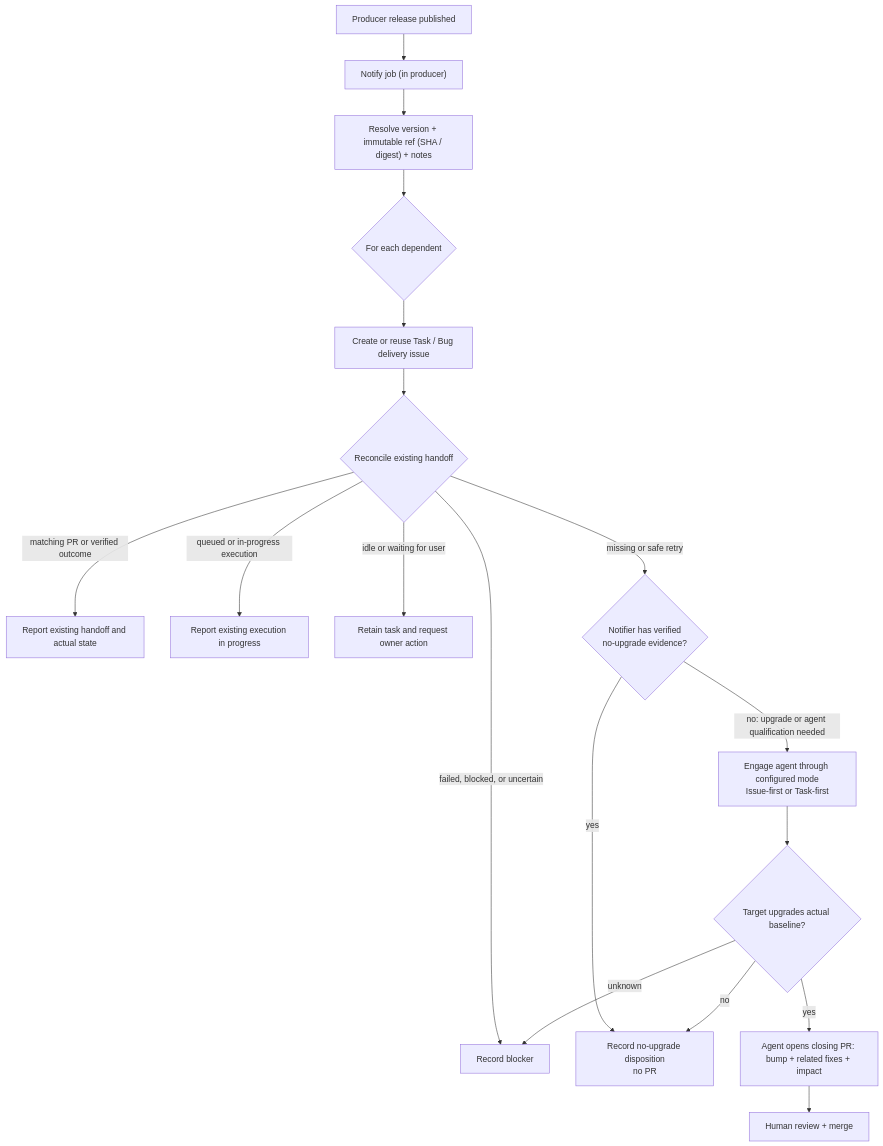
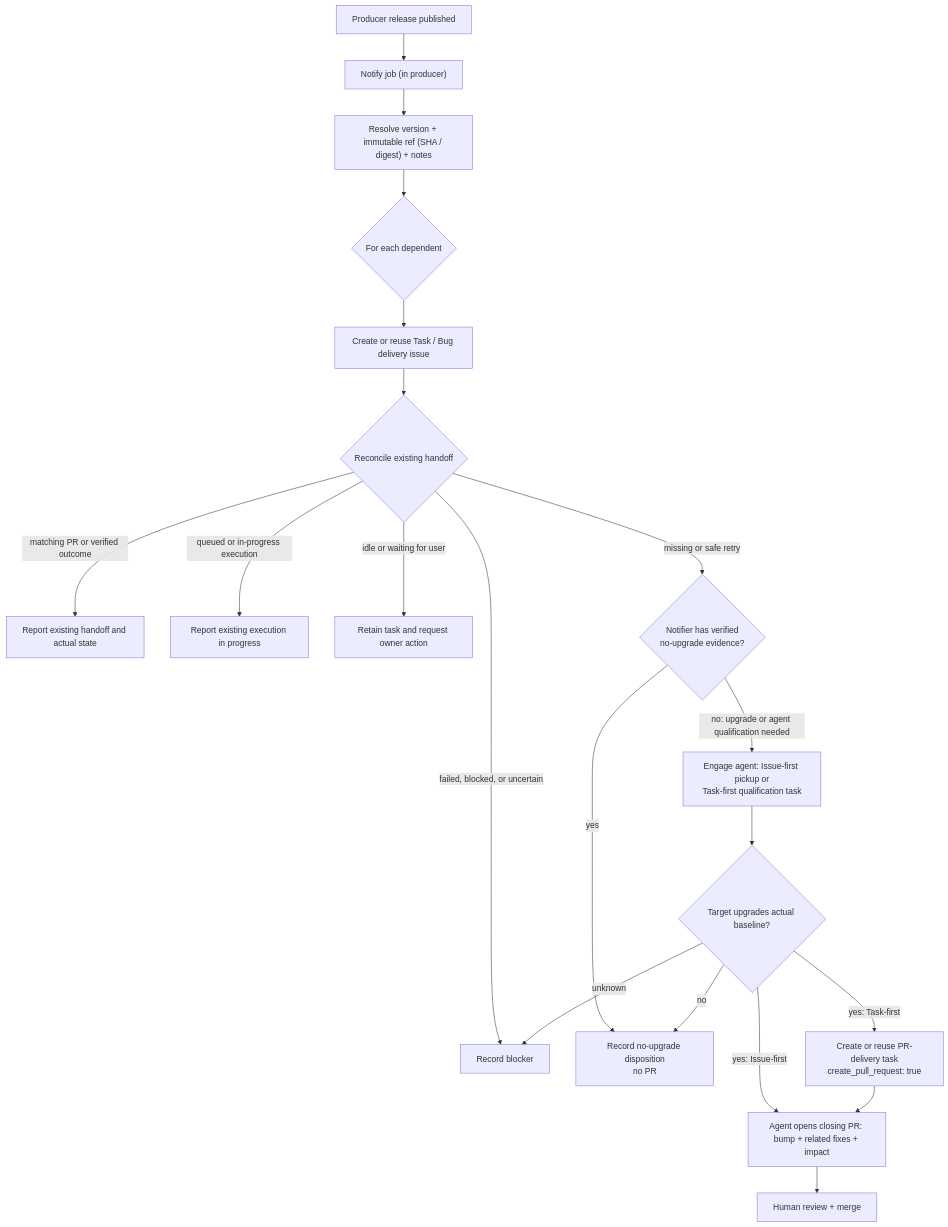
One commit to MSXOrg/docs changed the diagram in src/docs/Capabilities/downstream-release-propagation/design.md. Above: the diagram before and after it, drawn with Mermaid. The commit also changed other lines of this file, not shown here.

Commit message:
Separate qualification from delivery tasks

````diff
--- a/src/docs/Capabilities/downstream-release-propagation/design.md
+++ b/src/docs/Capabilities/downstream-release-propagation/design.md
@@ -19,20 +19,22 @@
 ```mermaid
 flowchart TD
   rel["Producer release published"] --> notify["Notify job (in producer)"]
   notify --> resolve["Resolve version + immutable ref (SHA / digest) + notes"]
   resolve --> fan{"For each dependent"}
   fan --> issue["Create or reuse Task / Bug delivery issue"]
   issue --> resume{"Reconcile existing handoff"}
   resume -->|"matching PR or verified outcome"| reuse["Report existing handoff and actual state"]
   resume -->|"queued or in-progress execution"| active["Report existing execution in progress"]
   resume -->|"idle or waiting for user"| attention["Retain task and request owner action"]
   resume -->|"failed, blocked, or uncertain"| blocked["Record blocker"]
   resume -->|"missing or safe retry"| known{"Notifier has verified<br/>no-upgrade evidence?"}
   known -->|"yes"| nochange["Record no-upgrade disposition<br/>no PR"]
-  known -->|"no: upgrade or agent qualification needed"| delegate["Engage agent through configured mode<br/>Issue-first or Task-first"]
+  known -->|"no: upgrade or agent qualification needed"| delegate["Engage agent: Issue-first pickup or<br/>Task-first qualification task"]
   delegate --> qualify{"Target upgrades actual baseline?"}
-  qualify -->|"yes"| pr["Agent opens closing PR: bump + related fixes + impact"]
+  qualify -->|"yes: Issue-first"| pr["Agent opens closing PR: bump + related fixes + impact"]
+  qualify -->|"yes: Task-first"| delivery["Create or reuse PR-delivery task<br/>create_pull_request: true"]
+  delivery --> pr
   qualify -->|"no"| nochange
   qualify -->|"unknown"| blocked
   pr --> review["Human review + merge"]
 ```
````
